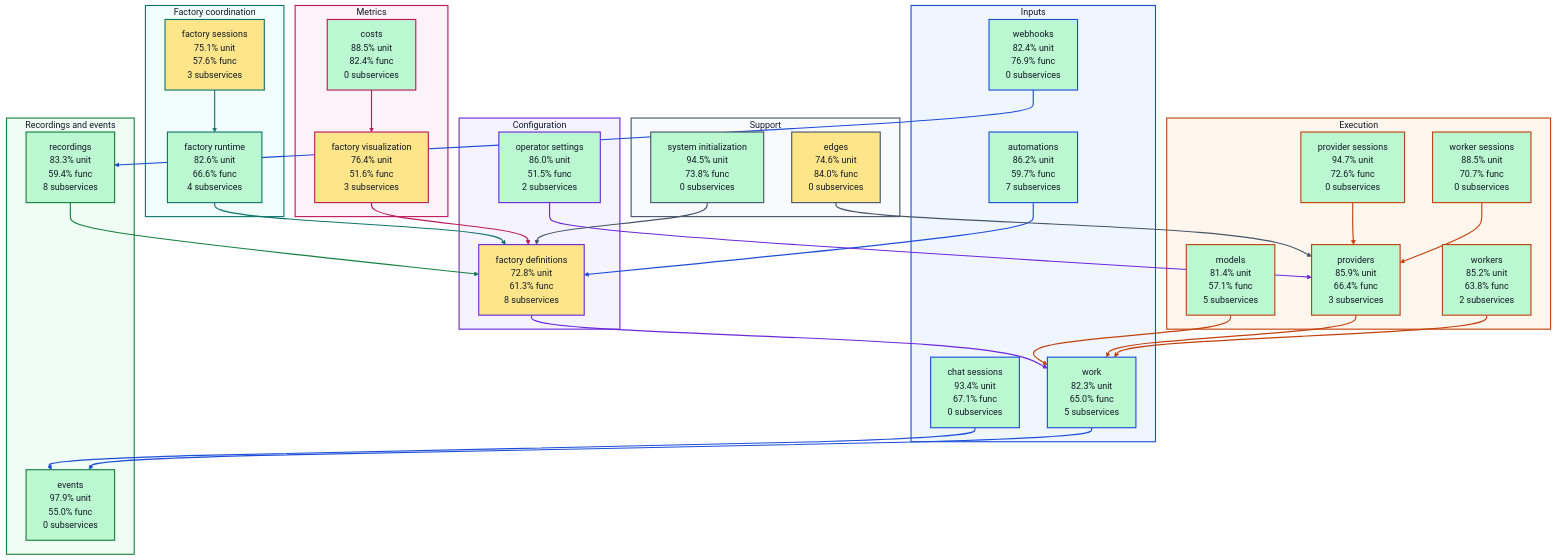
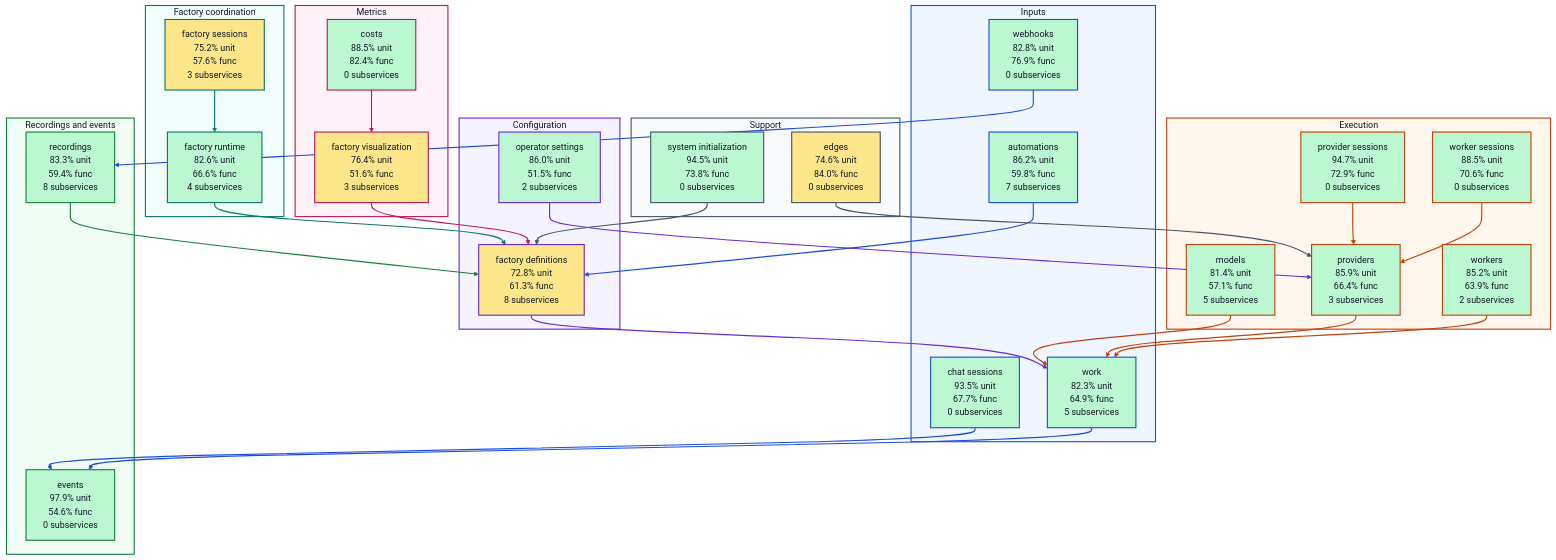
The diagram in docs/architecture/visualizations/high-level-test-coverage.md (portpowered/you-agent-factory), drawn with Mermaid (base theme) before and after one commit. The commit also changed other lines of this file and 20 other files, not shown here.

Commit message:
docs: refresh backend architecture visualizations

````diff
--- a/docs/architecture/visualizations/high-level-test-coverage.md
+++ b/docs/architecture/visualizations/high-level-test-coverage.md
@@ -11,10 +11,10 @@
 ```mermaid
 flowchart TB
   subgraph input["Inputs"]
-    s_services_automations["automations<br/>86.2% unit<br/>59.7% func<br/>7 subservices"]
-    s_services_chat_sessions["chat sessions<br/>93.4% unit<br/>67.1% func<br/>0 subservices"]
-    s_services_webhooks["webhooks<br/>82.4% unit<br/>76.9% func<br/>0 subservices"]
-    s_services_work["work<br/>82.3% unit<br/>65.0% func<br/>5 subservices"]
+    s_services_automations["automations<br/>86.2% unit<br/>59.8% func<br/>7 subservices"]
+    s_services_chat_sessions["chat sessions<br/>93.5% unit<br/>67.7% func<br/>0 subservices"]
+    s_services_webhooks["webhooks<br/>82.8% unit<br/>76.9% func<br/>0 subservices"]
+    s_services_work["work<br/>82.3% unit<br/>64.9% func<br/>5 subservices"]
   end
   subgraph configuration["Configuration"]
     s_services_factory_definitions["factory definitions<br/>72.8% unit<br/>61.3% func<br/>8 subservices"]
@@ -22,17 +22,17 @@
   end
   subgraph coordination["Factory coordination"]
     s_services_factory_runtime["factory runtime<br/>82.6% unit<br/>66.6% func<br/>4 subservices"]
-    s_services_factory_sessions["factory sessions<br/>75.1% unit<br/>57.6% func<br/>3 subservices"]
+    s_services_factory_sessions["factory sessions<br/>75.2% unit<br/>57.6% func<br/>3 subservices"]
   end
   subgraph execution["Execution"]
     s_services_models["models<br/>81.4% unit<br/>57.1% func<br/>5 subservices"]
-    s_services_provider_sessions["provider sessions<br/>94.7% unit<br/>72.6% func<br/>0 subservices"]
+    s_services_provider_sessions["provider sessions<br/>94.7% unit<br/>72.9% func<br/>0 subservices"]
     s_services_providers["providers<br/>85.9% unit<br/>66.4% func<br/>3 subservices"]
-    s_services_worker_sessions["worker sessions<br/>88.5% unit<br/>70.7% func<br/>0 subservices"]
-    s_services_workers["workers<br/>85.2% unit<br/>63.8% func<br/>2 subservices"]
+    s_services_worker_sessions["worker sessions<br/>88.5% unit<br/>70.6% func<br/>0 subservices"]
+    s_services_workers["workers<br/>85.2% unit<br/>63.9% func<br/>2 subservices"]
   end
   subgraph recordings["Recordings and events"]
-    s_services_events["events<br/>97.9% unit<br/>55.0% func<br/>0 subservices"]
+    s_services_events["events<br/>97.9% unit<br/>54.6% func<br/>0 subservices"]
     s_services_recordings["recordings<br/>83.3% unit<br/>59.4% func<br/>8 subservices"]
   end
   subgraph metrics["Metrics"]
````
